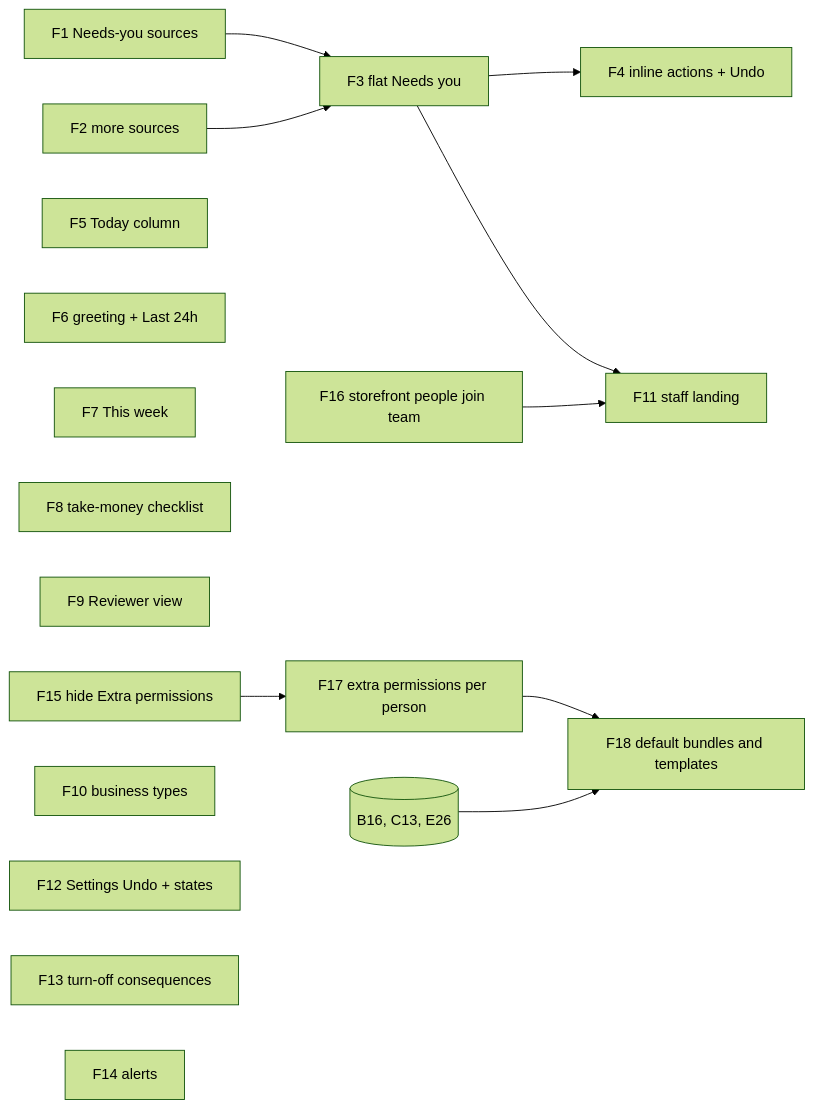
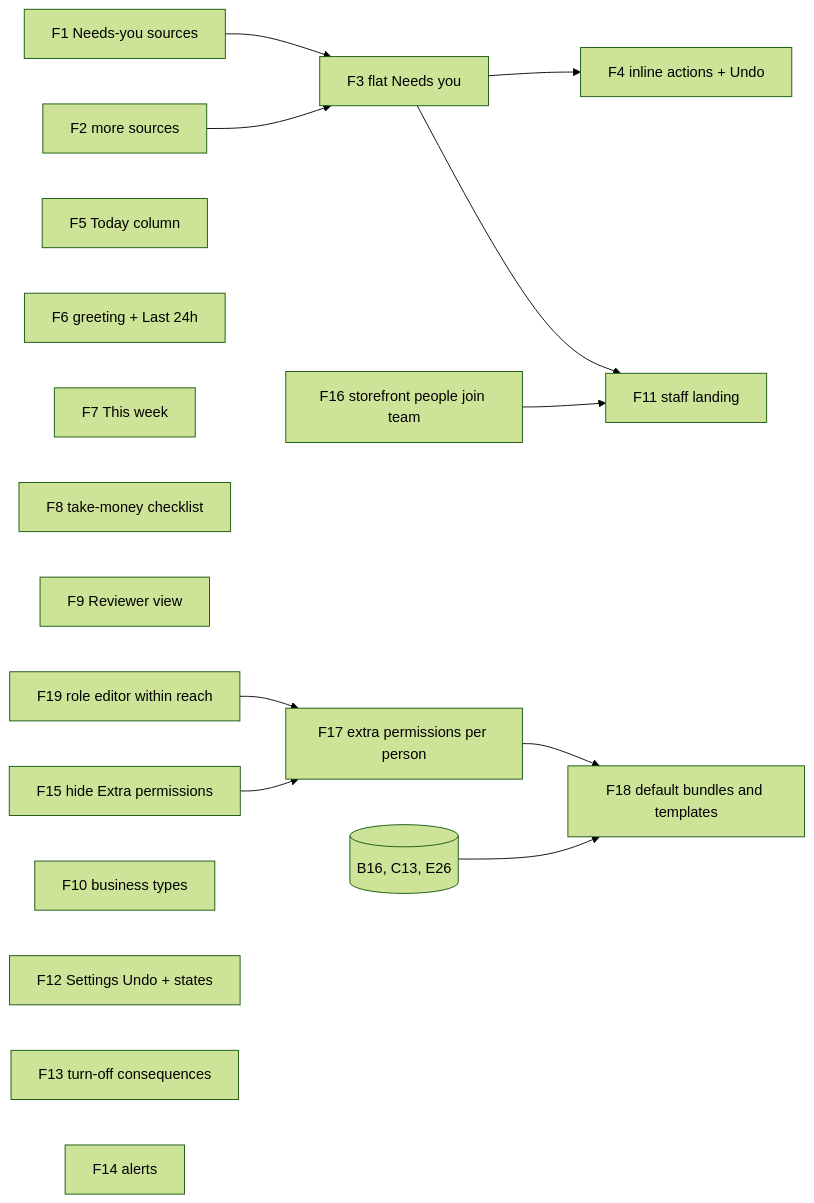
One commit to saroh-labs/saroh.in changed the diagram in docs/plans/2026-09-26-006-feat-home-settings-plan.md. Above: the diagram before and after it, drawn with Mermaid (forest theme). The commit also changed other lines of this file, not shown here.

````diff
--- a/docs/plans/2026-09-26-006-feat-home-settings-plan.md
+++ b/docs/plans/2026-09-26-006-feat-home-settings-plan.md
@@ -365,21 +424,22 @@
 ```mermaid
 flowchart LR
   F1[F1 Needs-you sources] --> F3[F3 flat Needs you]
   F2[F2 more sources] --> F3
   F3 --> F4[F4 inline actions + Undo]
   F5[F5 Today column]
   F6[F6 greeting + Last 24h]
   F7[F7 This week]
   F8[F8 take-money checklist]
   F9[F9 Reviewer view]
   F3 --> F11[F11 staff landing]
   F16[F16 storefront people join team] --> F11
+  F19[F19 role editor within reach] --> F17
   F15 --> F17[F17 extra permissions per person]
   F17 --> F18[F18 default bundles and templates]
   B16[(B16, C13, E26)] --> F18
   F10[F10 business types]
   F12[F12 Settings Undo + states]
   F13[F13 turn-off consequences]
   F14[F14 alerts]
   F15[F15 hide Extra permissions]
 ```
````
